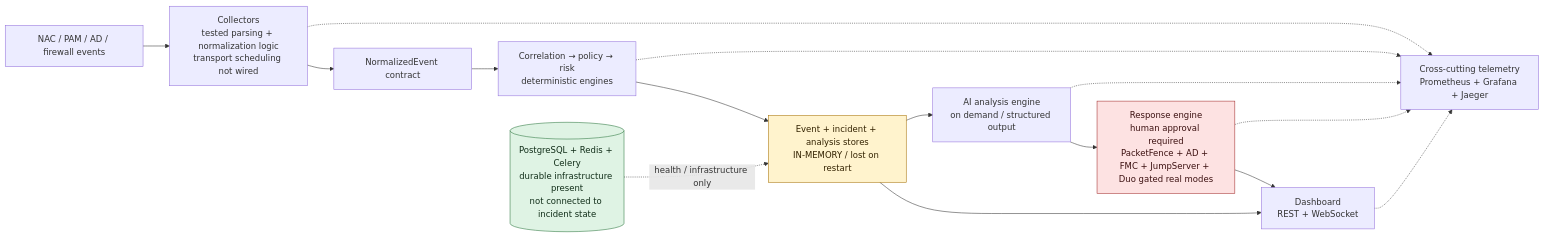
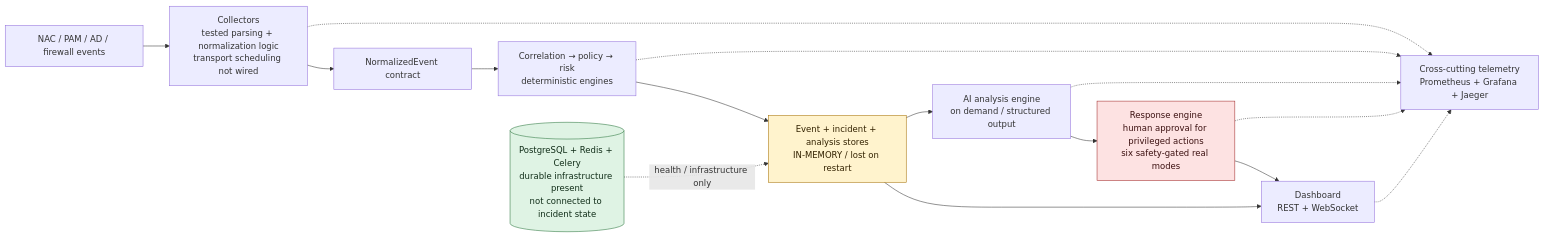
The diagram in README.md (dnzgrkn/WardHound), drawn with Mermaid before and after one commit. The commit also changed other lines of this file and 9 other files, not shown here.

````diff
--- a/README.md
+++ b/README.md
@@ -13,30 +13,30 @@
 ```mermaid
 flowchart LR
     Sources["NAC / PAM / AD / firewall events"]
     Collectors["Collectors<br/>tested parsing + normalization logic<br/>transport scheduling not wired"]
     Normalize["NormalizedEvent contract"]
     Engines["Correlation → policy → risk<br/>deterministic engines"]
     Store["Event + incident + analysis stores<br/>IN-MEMORY / lost on restart"]
     AI["AI analysis engine<br/>on demand / structured output"]
-    Response["Response engine<br/>human approval required<br/>PacketFence + AD + FMC + JumpServer + Duo gated real modes"]
+    Response["Response engine<br/>human approval for privileged actions<br/>six safety-gated real modes"]
     Dashboard["Dashboard<br/>REST + WebSocket"]
     Infra[("PostgreSQL + Redis + Celery<br/>durable infrastructure present<br/>not connected to incident state")]
     Telemetry["Cross-cutting telemetry<br/>Prometheus + Grafana + Jaeger"]
 
     Sources --> Collectors --> Normalize --> Engines --> Store
     Store --> AI --> Response --> Dashboard
     Store --> Dashboard
     Infra -. "health / infrastructure only" .-> Store
     Collectors -.-> Telemetry
     Engines -.-> Telemetry
     AI -.-> Telemetry
     Response -.-> Telemetry
     Dashboard -.-> Telemetry
 
     classDef memory fill:#fff3cd,stroke:#a66f00,color:#332200;
     classDef simulated fill:#fde2e2,stroke:#a12828,color:#3b1010;
     classDef durable fill:#dff3e4,stroke:#26733a,color:#102d18;
     class Store memory;
     class Response simulated;
     class Infra durable;
 ```
````
